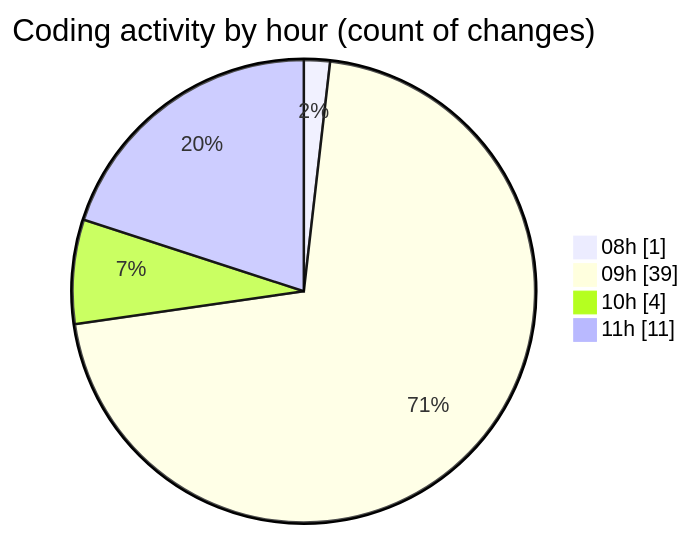
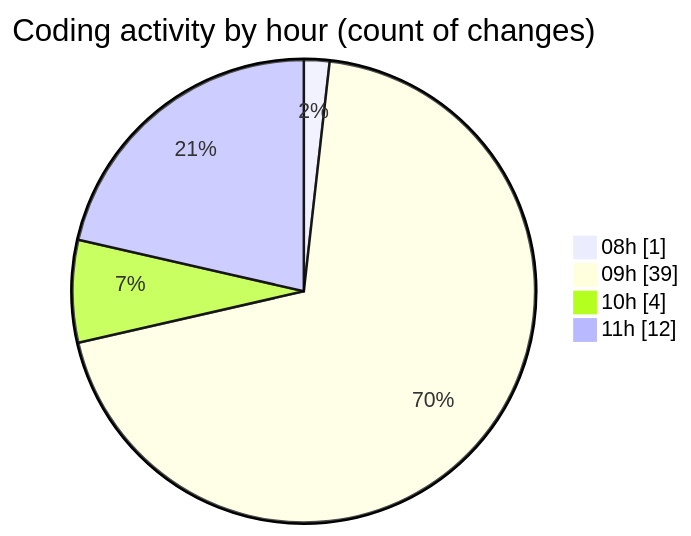
One commit to momahboobian/code-tracking changed the second of 2 diagrams in 2026-08-25/cda/README.md. Above: the diagram before and after it, drawn with Mermaid. The commit also changed other lines of this file and 1 other file, not shown here.

````diff
--- a/2026-08-25/cda/README.md
+++ b/2026-08-25/cda/README.md
@@ -38,8 +38,8 @@
 ```mermaid
 pie showData
 title Coding activity by hour (count of changes)
 "08h" : 1
 "09h" : 39
 "10h" : 4
-"11h" : 11
+"11h" : 12
 ```
````
